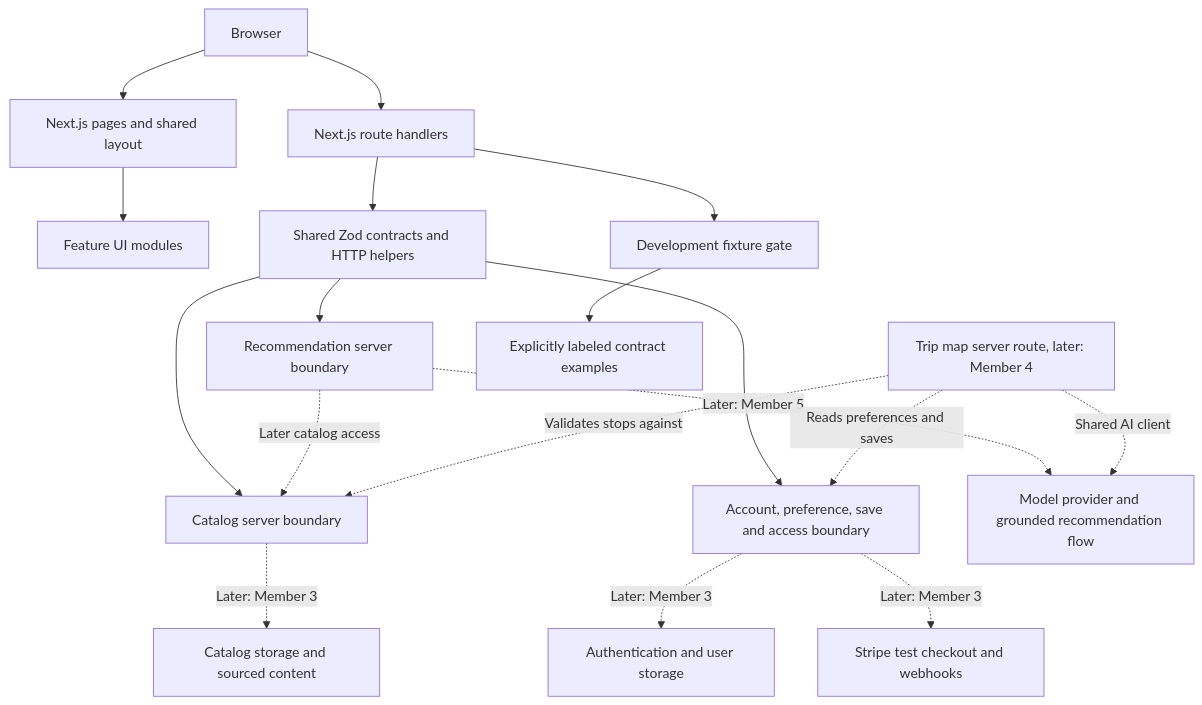
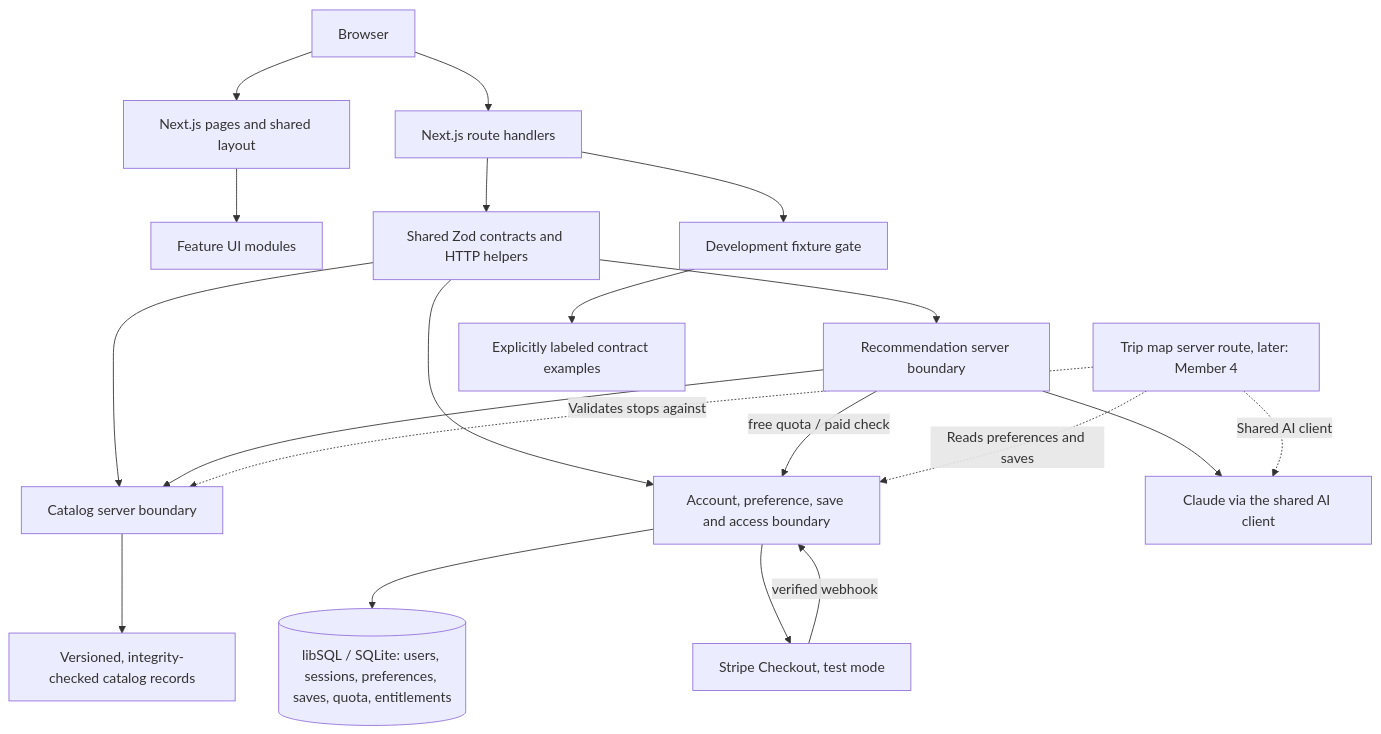
Before and after one commit to HarryYuTou/440_Final_Project: the diagram in docs/ARCHITECTURE.md, drawn with Mermaid. The commit also changed other lines of this file and 61 other files, not shown here.

````diff
--- a/docs/ARCHITECTURE.md
+++ b/docs/ARCHITECTURE.md
@@ -7,20 +7,22 @@
 ```mermaid
 flowchart TD
     Browser[Browser] --> Pages[Next.js pages and shared layout]
     Browser --> API[Next.js route handlers]
     Pages --> UI[Feature UI modules]
     API --> Validation[Shared Zod contracts and HTTP helpers]
     Validation --> Catalog[Catalog server boundary]
     Validation --> Accounts[Account, preference, save and access boundary]
     Validation --> AI[Recommendation server boundary]
-    Catalog -. Later: Member 3 .-> Storage[Catalog storage and sourced content]
-    Accounts -. Later: Member 3 .-> Identity[Authentication and user storage]
-    Accounts -. Later: Member 3 .-> Stripe[Stripe test checkout and webhooks]
-    AI -. Later: Member 5 .-> Model[Model provider and grounded recommendation flow]
-    AI -. Later catalog access .-> Catalog
+    Catalog --> Records[Versioned, integrity-checked catalog records]
+    Accounts --> UserDB[(libSQL / SQLite: users, sessions, preferences, saves, quota, entitlements)]
+    Accounts --> Stripe[Stripe Checkout, test mode]
+    Stripe -- verified webhook --> Accounts
+    AI --> Model[Claude via the shared AI client]
+    AI --> Catalog
+    AI -- free quota / paid check --> Accounts
     Trip[Trip map server route, later: Member 4] -. Shared AI client .-> Model
     Trip -. Validates stops against .-> Catalog
     Trip -. Reads preferences and saves .-> Accounts
     API --> Fixtures[Development fixture gate]
     Fixtures --> Examples[Explicitly labeled contract examples]
 ```
````
